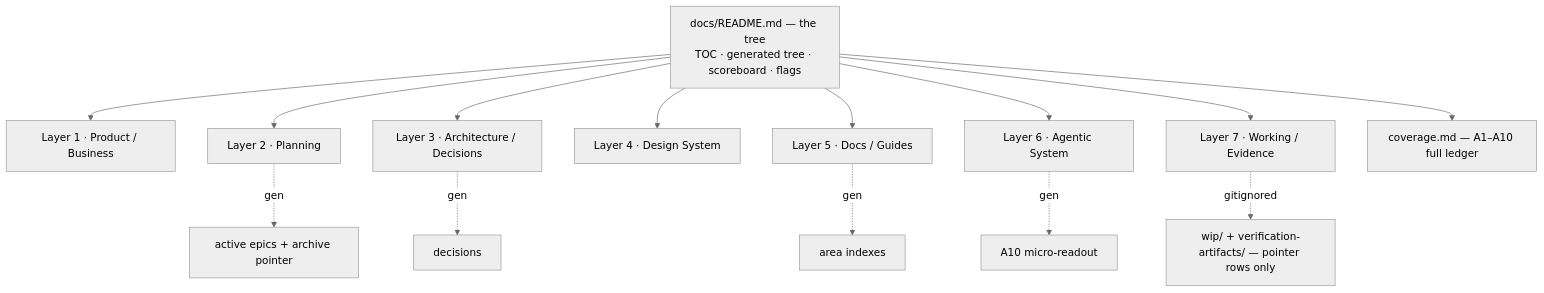
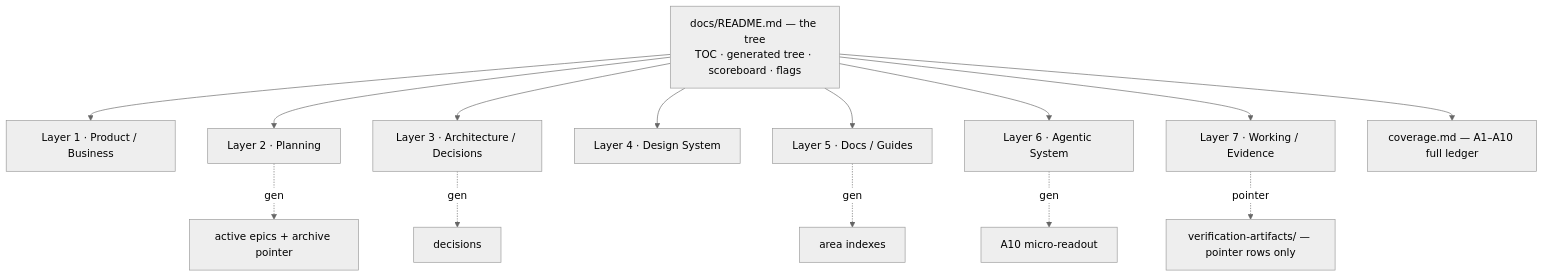
One commit to coji831/mandarin-vite-react-ts changed the diagram in docs/README.md. Above: the diagram before and after it, drawn with Mermaid (neutral theme). The commit also changed other lines of this file and 20 other files, not shown here.

````diff
--- a/docs/README.md
+++ b/docs/README.md
@@ -8,17 +8,17 @@
 ```mermaid
 graph TD
   ROOT[docs/README.md — the tree<br/>TOC · generated tree · scoreboard · flags]
   ROOT --> L1[Layer 1 · Product / Business]
   ROOT --> L2[Layer 2 · Planning]
   ROOT --> L3[Layer 3 · Architecture / Decisions]
   ROOT --> L4[Layer 4 · Design System]
   ROOT --> L5[Layer 5 · Docs / Guides]
   ROOT --> L6[Layer 6 · Agentic System]
   ROOT --> L7[Layer 7 · Working / Evidence]
   ROOT --> COV[coverage.md — A1–A10 full ledger]
   L2 -.gen.-> E[active epics + archive pointer]
   L3 -.gen.-> D[decisions]
   L5 -.gen.-> IX[area indexes]
   L6 -.gen.-> AG[A10 micro-readout]
-  L7 -.gitignored.-> W[wip/ + verification-artifacts/ — pointer rows only]
+  L7 -.pointer.-> W[verification-artifacts/ — pointer rows only]
 ```
````
